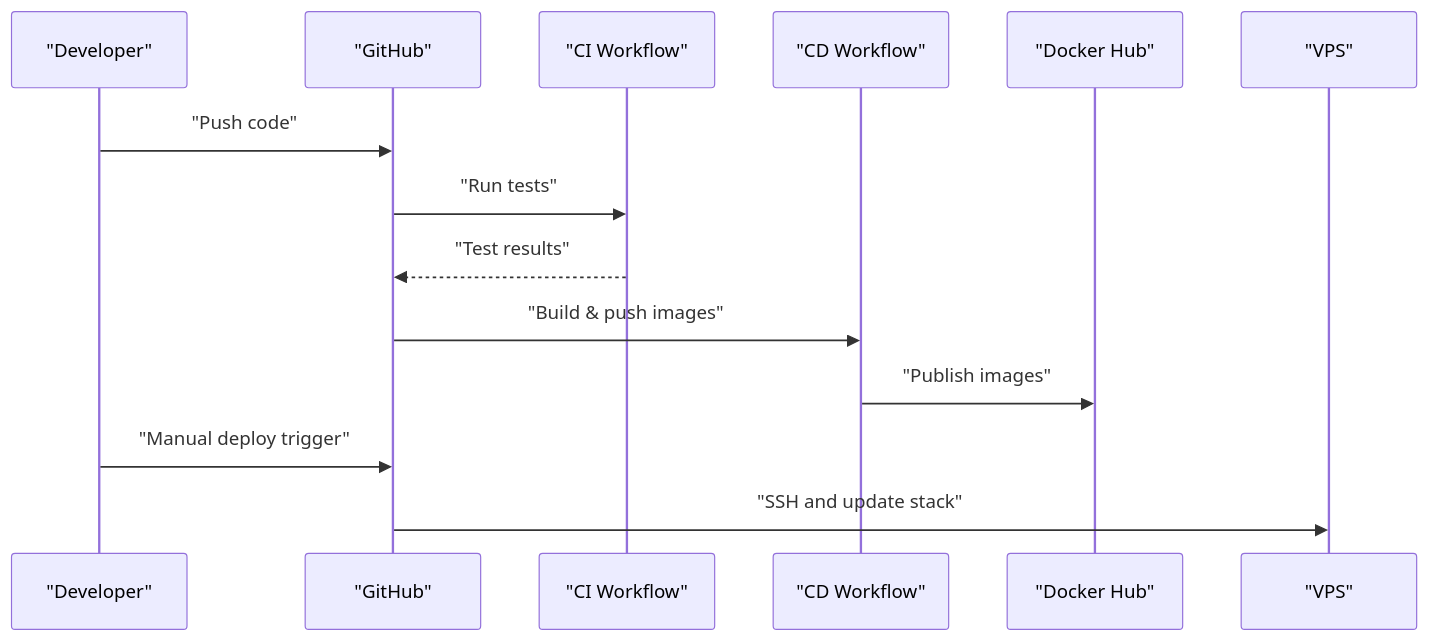
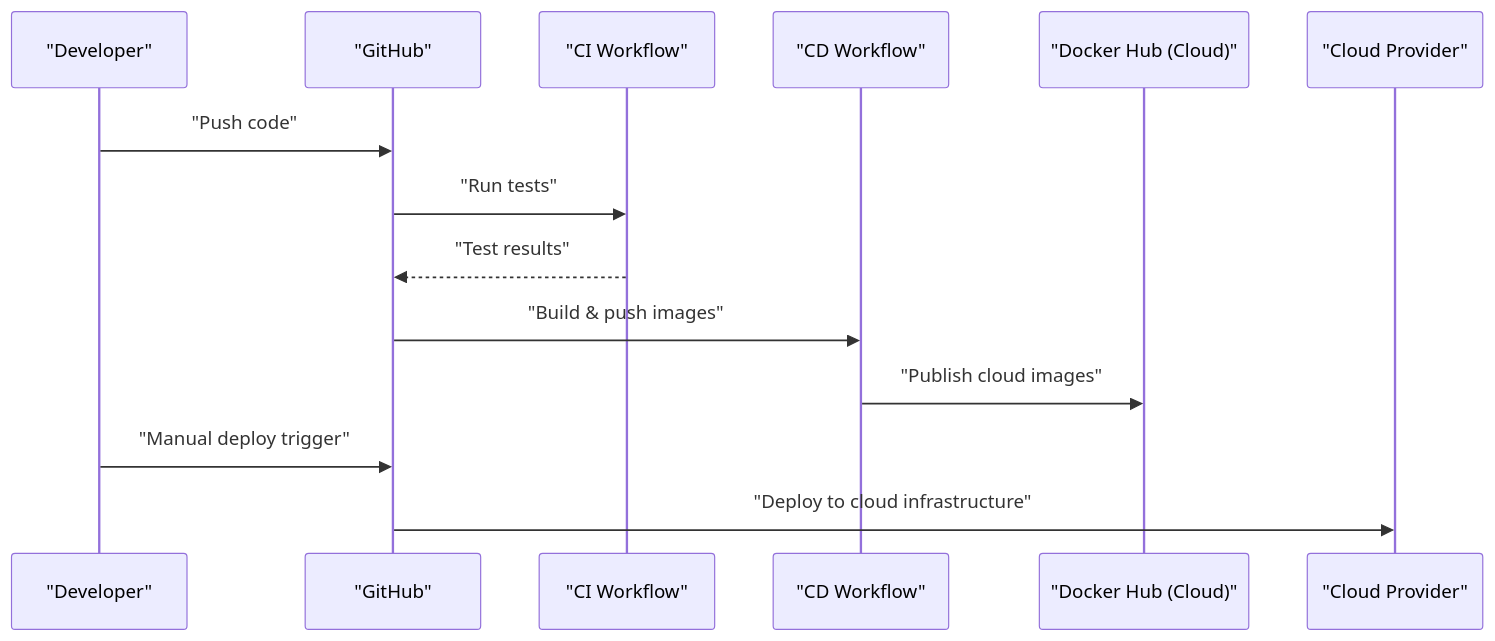
One commit to Revanththetalogics/aireume changed the eighth of 8 diagrams in .qoder/repowiki/en/content/Deployment & DevOps/Deployment & DevOps.md. Above: the diagram before and after it, drawn with Mermaid. The commit also changed other lines of this file and 11 other files, not shown here.

````diff
--- a/.qoder/repowiki/en/content/Deployment & DevOps/Deployment & DevOps.md
+++ b/.qoder/repowiki/en/content/Deployment & DevOps/Deployment & DevOps.md
@@ -329,16 +389,16 @@
 ```mermaid
 sequenceDiagram
 participant Dev as "Developer"
 participant GH as "GitHub"
 participant CI as "CI Workflow"
 participant CD as "CD Workflow"
-participant Hub as "Docker Hub"
-participant VPS as "VPS"
+participant Hub as "Docker Hub (Cloud)"
+participant Cloud as "Cloud Provider"
 Dev->>GH : "Push code"
 GH->>CI : "Run tests"
 CI-->>GH : "Test results"
 GH->>CD : "Build & push images"
-CD->>Hub : "Publish images"
+CD->>Hub : "Publish cloud images"
 Dev->>GH : "Manual deploy trigger"
-GH->>VPS : "SSH and update stack"
+GH->>Cloud : "Deploy to cloud infrastructure"
 ```
````
